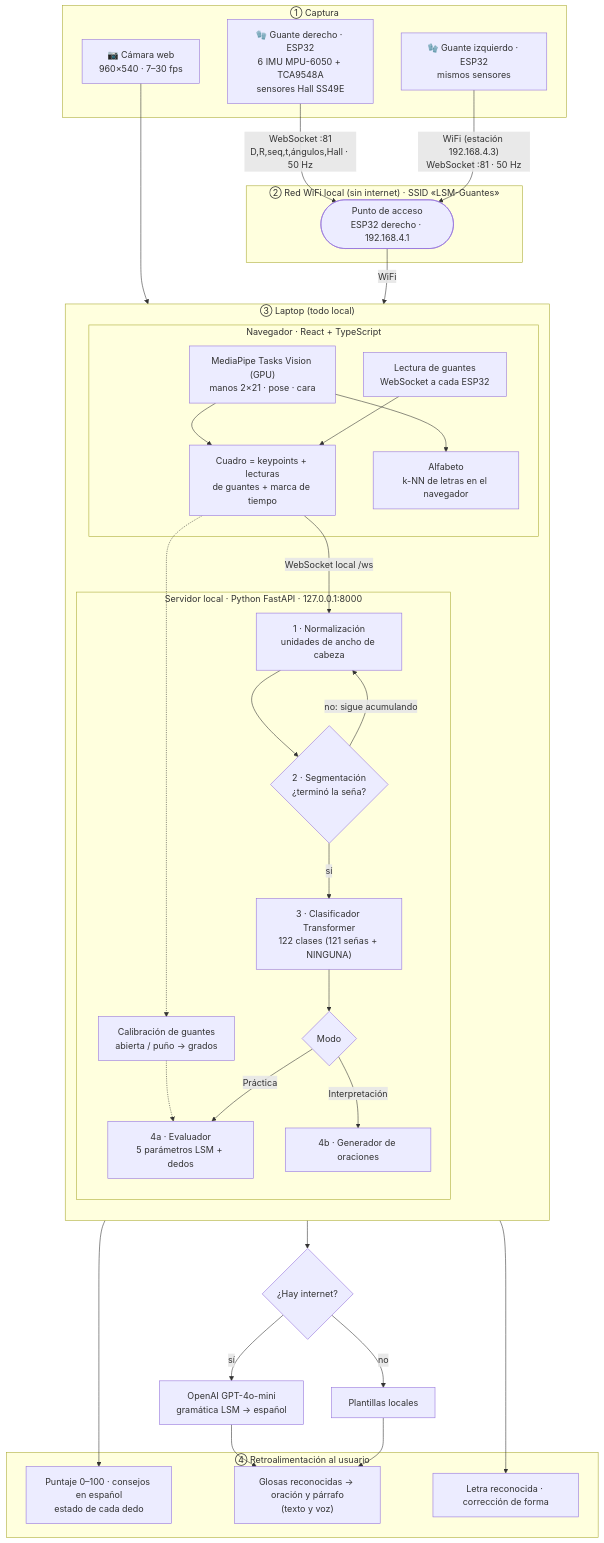
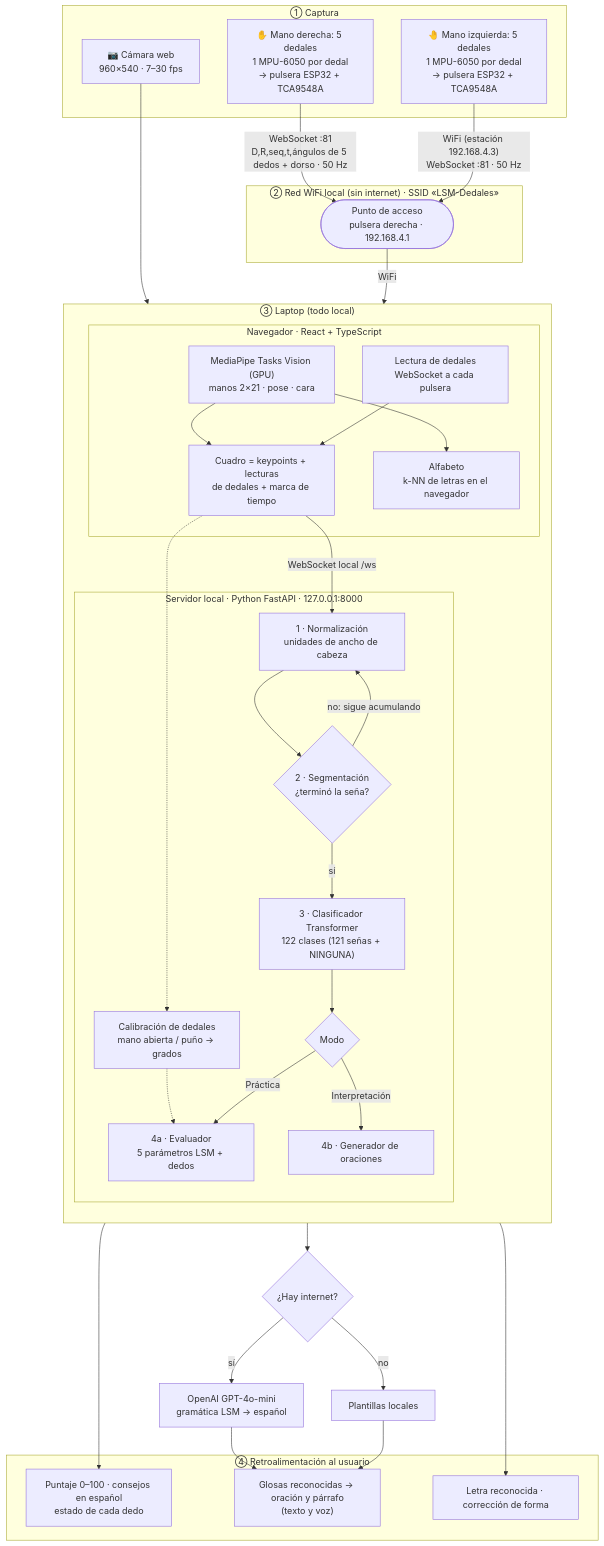
The diagram in docs/arquitectura.md (Angel-mtz06/Ingeniumlms), drawn with Mermaid before and after one commit. The commit also changed other lines of this file and 2 other files, not shown here.

First line of the commit message:
docs: arquitectura con 10 dedales (MPU-6050 por dedo) y pulseras ESP32 en lugar de guantes

````diff
--- a/docs/arquitectura.md
+++ b/docs/arquitectura.md
@@ -18,66 +18,66 @@
 ```mermaid
 flowchart TD
     %% ---------- Captura ----------
     subgraph CAP["① Captura"]
         CAM["📷 Cámara web<br/>960×540 · 7–30 fps"]
-        GR["🧤 Guante derecho · ESP32<br/>6 IMU MPU-6050 + TCA9548A<br/>sensores Hall SS49E"]
-        GL["🧤 Guante izquierdo · ESP32<br/>mismos sensores"]
+        GR["✋ Mano derecha: 5 dedales<br/>1 MPU-6050 por dedal<br/>→ pulsera ESP32 + TCA9548A"]
+        GL["🤚 Mano izquierda: 5 dedales<br/>1 MPU-6050 por dedal<br/>→ pulsera ESP32 + TCA9548A"]
     end
 
     %% ---------- Red local ----------
-    subgraph NET["② Red WiFi local (sin internet) · SSID «LSM-Guantes»"]
-        AP(["Punto de acceso<br/>ESP32 derecho · 192.168.4.1"])
+    subgraph NET["② Red WiFi local (sin internet) · SSID «LSM-Dedales»"]
+        AP(["Punto de acceso<br/>pulsera derecha · 192.168.4.1"])
     end
 
-    GR -- "WebSocket :81<br/>D,R,seq,t,ángulos,Hall · 50 Hz" --> AP
+    GR -- "WebSocket :81<br/>D,R,seq,t,ángulos de 5 dedos + dorso · 50 Hz" --> AP
     GL -- "WiFi (estación 192.168.4.3)<br/>WebSocket :81 · 50 Hz" --> AP
     AP -- "WiFi" --> LAP
 
     %% ---------- Laptop ----------
     subgraph LAP["③ Laptop (todo local)"]
         direction TB
         subgraph NAV["Navegador · React + TypeScript"]
             MP["MediaPipe Tasks Vision (GPU)<br/>manos 2×21 · pose · cara"]
-            GW["Lectura de guantes<br/>WebSocket a cada ESP32"]
-            PAY["Cuadro = keypoints + lecturas<br/>de guantes + marca de tiempo"]
+            GW["Lectura de dedales<br/>WebSocket a cada pulsera"]
+            PAY["Cuadro = keypoints + lecturas<br/>de dedales + marca de tiempo"]
             ABC["Alfabeto<br/>k-NN de letras en el navegador"]
         end
         subgraph SRV["Servidor local · Python FastAPI · 127.0.0.1:8000"]
             NORM["1 · Normalización<br/>unidades de ancho de cabeza"]
-            CAL["Calibración de guantes<br/>abierta / puño → grados"]
+            CAL["Calibración de dedales<br/>mano abierta / puño → grados"]
             SEG{"2 · Segmentación<br/>¿terminó la seña?"}
             CLF["3 · Clasificador Transformer<br/>122 clases (121 señas + NINGUNA)"]
             MODE{"Modo"}
             EVAL["4a · Evaluador<br/>5 parámetros LSM + dedos"]
             SENT["4b · Generador de oraciones"]
         end
     end
 
     CAM --> MP --> PAY
     GW --> PAY
     MP --> ABC
     PAY -- "WebSocket local /ws" --> NORM
     PAY -.-> CAL
     CAL -.-> EVAL
     NORM --> SEG
     SEG -- "no: sigue acumulando" --> NORM
     SEG -- "sí" --> CLF --> MODE
     MODE -- "Práctica" --> EVAL
     MODE -- "Interpretación" --> SENT
 
     %% ---------- IA de lenguaje ----------
     SENT --> NETQ{"¿Hay internet?"}
     NETQ -- "sí" --> LLM["OpenAI GPT-4o-mini<br/>gramática LSM → español"]
     NETQ -- "no" --> TPL["Plantillas locales"]
 
     %% ---------- Salida ----------
     subgraph OUT["④ Retroalimentación al usuario"]
         R1["Puntaje 0–100 · consejos en español<br/>estado de cada dedo"]
         R2["Glosas reconocidas → oración y párrafo<br/>(texto y voz)"]
         R3["Letra reconocida · corrección de forma"]
     end
     EVAL --> R1
     LLM --> R2
     TPL --> R2
     ABC --> R3
 ```
````
